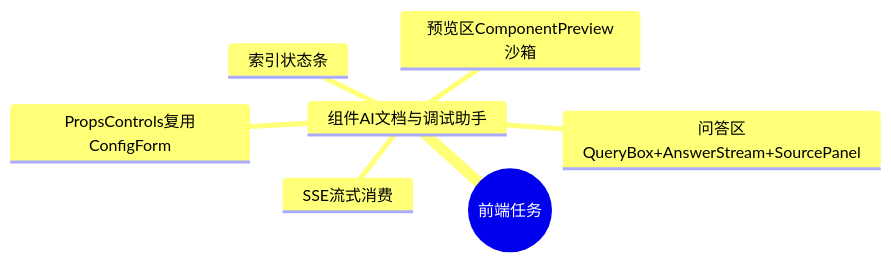
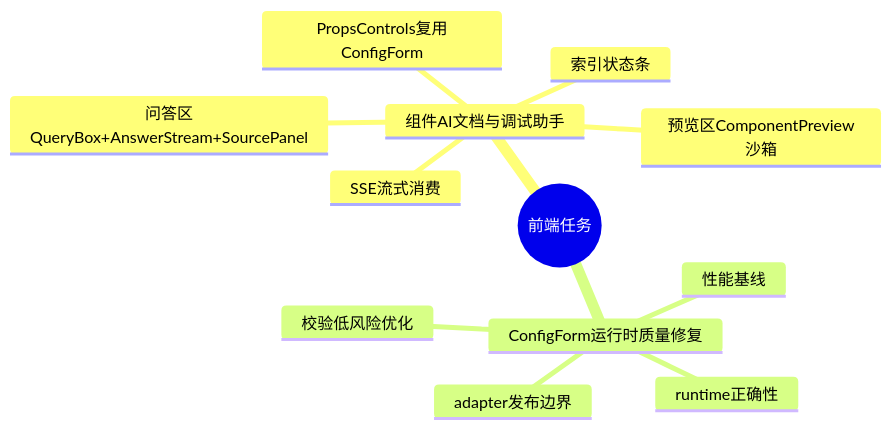
The diagram in docs/plan/frontend/index.md (moluoxixi/vue-components), drawn with Mermaid before and after one commit. The commit also changed other lines of this file and 137 other files, not shown here.

````diff
--- a/docs/plan/frontend/index.md
+++ b/docs/plan/frontend/index.md
@@ -7,10 +7,15 @@
 ```mermaid
 mindmap
   root((前端任务))
     组件AI文档与调试助手
       问答区QueryBox+AnswerStream+SourcePanel
       预览区ComponentPreview沙箱
       PropsControls复用ConfigForm
       索引状态条
       SSE流式消费
+    ConfigForm运行时质量修复
+      runtime正确性
+      校验低风险优化
+      adapter发布边界
+      性能基线
 ```
````
